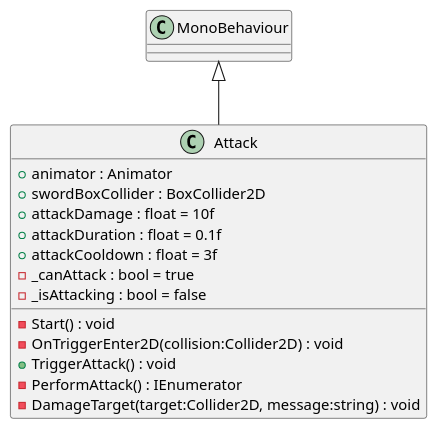
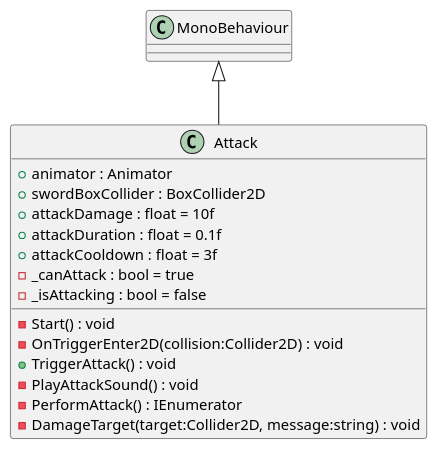
Before and after one commit to breftejk/Enigmaze: the diagram in uml/Characters/Attack.puml, drawn with PlantUML. The commit also changed 45 other files, not shown here.

```diff
--- a/uml/Characters/Attack.puml
+++ b/uml/Characters/Attack.puml
@@ -1,17 +1,18 @@
 @startuml
 class Attack {
     + animator : Animator
     + swordBoxCollider : BoxCollider2D
     + attackDamage : float = 10f
     + attackDuration : float = 0.1f
     + attackCooldown : float = 3f
     - _canAttack : bool = true
     - _isAttacking : bool = false
     - Start() : void
     - OnTriggerEnter2D(collision:Collider2D) : void
     + TriggerAttack() : void
+    - PlayAttackSound() : void
     - PerformAttack() : IEnumerator
     - DamageTarget(target:Collider2D, message:string) : void
 }
 MonoBehaviour <|-- Attack
 @enduml
```
